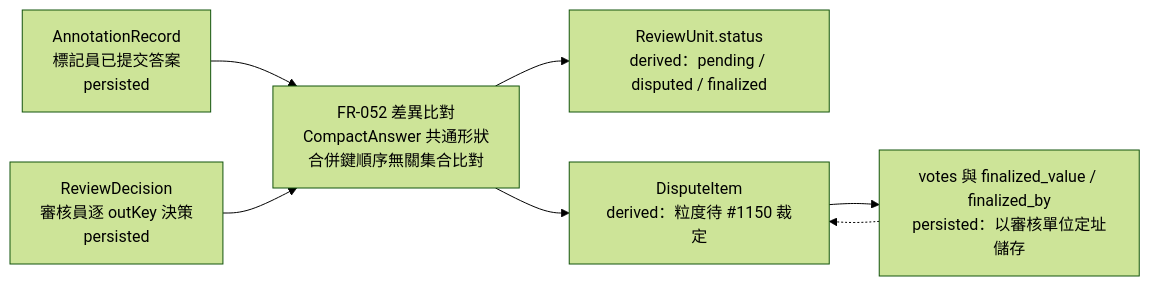
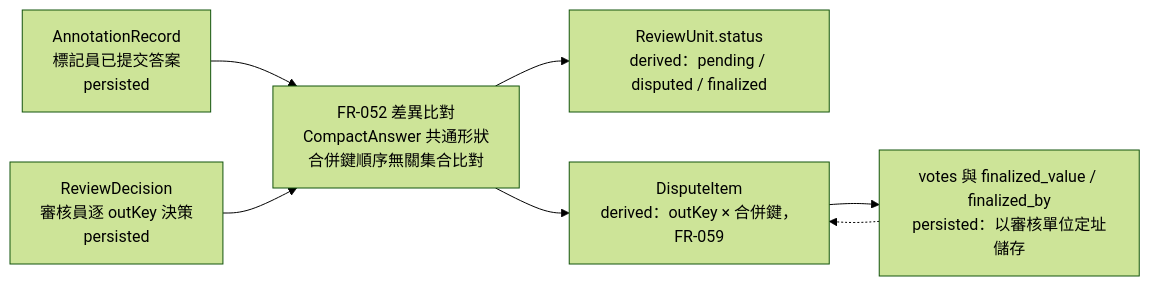
One commit to singyichen/label-suite changed the sixth of 6 diagrams in docs/diagrams/architecture/core-data-model-er.md. Above: the diagram before and after it, drawn with Mermaid (forest theme). The commit also changed other lines of this file and 4 other files, not shown here.

First line of the commit message:
docs: align 014 FR-010u(5) dispute item unit with 015 FR-061

````diff
--- a/docs/diagrams/architecture/core-data-model-er.md
+++ b/docs/diagrams/architecture/core-data-model-er.md
@@ -441,16 +441,16 @@
 ```mermaid
 flowchart LR
     AR["AnnotationRecord<br/>標記員已提交答案<br/>persisted"]
     RD["ReviewDecision<br/>審核員逐 outKey 決策<br/>persisted"]
     DIFF["FR-052 差異比對<br/>CompactAnswer 共通形狀<br/>合併鍵順序無關集合比對"]
     RU["ReviewUnit.status<br/>derived：pending / disputed / finalized"]
-    DI["DisputeItem<br/>derived：粒度待 #1150 裁定"]
+    DI["DisputeItem<br/>derived：outKey × 合併鍵，FR-059"]
     W["votes 與 finalized_value / finalized_by<br/>persisted：以審核單位定址儲存"]
 
     AR --> DIFF
     RD --> DIFF
     DIFF --> RU
     DIFF --> DI
     DI --> W
     W -.-> DI
 ```
````
